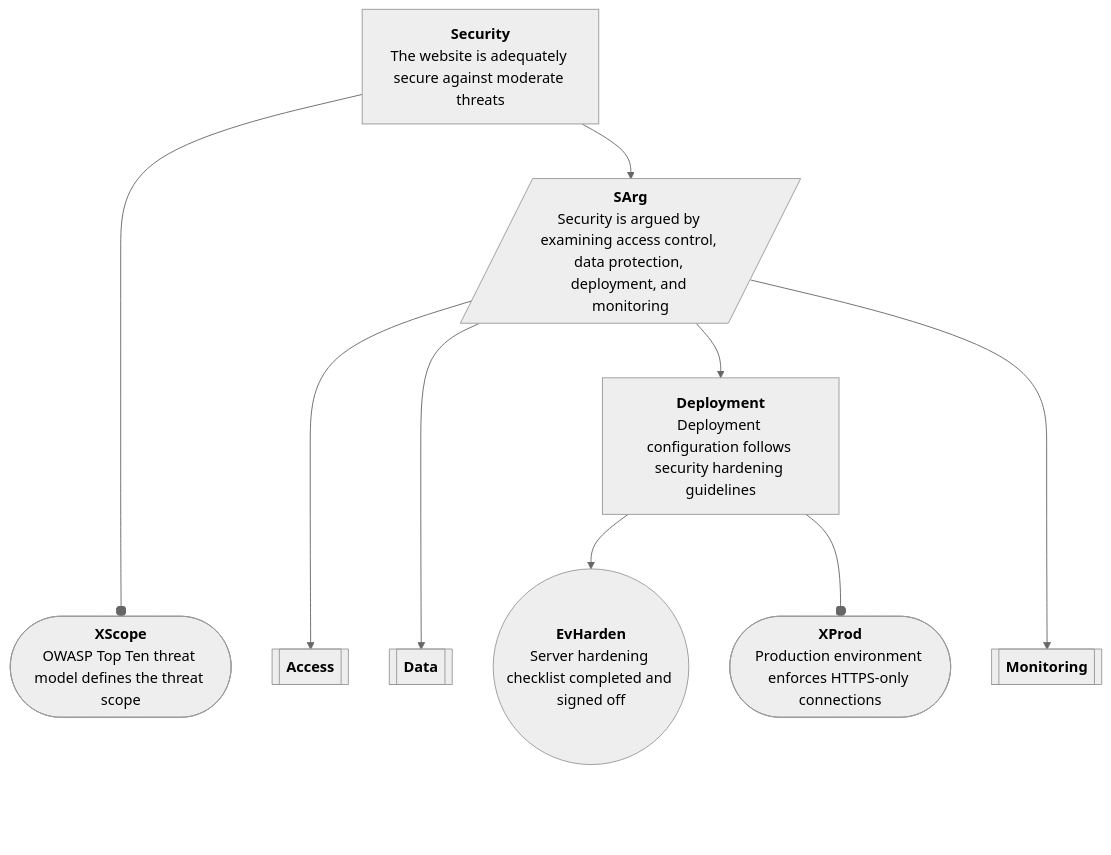
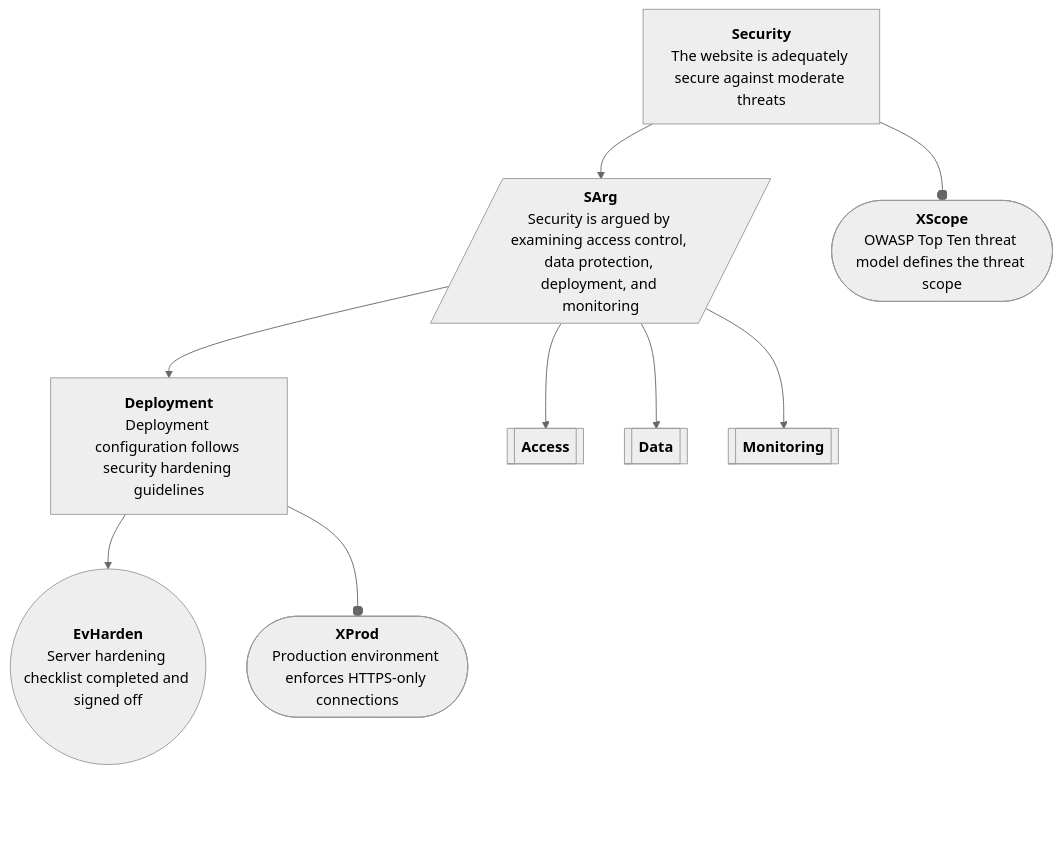
The fifth of 12 diagrams in tests/fixtures/demo-output.expected.md (david-a-wheeler/verocase), drawn with Mermaid before and after one commit. The commit also changed other lines of this file and 8 other files, not shown here.

First line of the commit message:
Fix GSN side-by-side rendering and use per-leaf BottomPadding nodes

````diff
--- a/tests/fixtures/demo-output.expected.md
+++ b/tests/fixtures/demo-output.expected.md
@@ -293,49 +293,49 @@
 ```mermaid
 ---
 config:
   theme: neutral
   flowchart:
     curve: basis
     htmlLabels: true
     rankSpacing: 60
     nodeSpacing: 45
     padding: 15
 ---
 flowchart TD
     classDef invisible opacity:0
     classDef gsnUndev stroke-width:2px,stroke-dasharray: 5 5;
     classDef connector fill:none,stroke:#cccccc,stroke-width:1px;
     Security["<b>Security</b><br>The website is adequately secure against moderate threats"]
     XScope(["<b>XScope</b><br>OWASP Top Ten threat model defines the threat scope"])
     SArg[/"<b>SArg</b><br>Security is argued by examining access control, data protection, deployment, and monitoring"/]
     Access[["<b>Access</b>"]]
     Data[["<b>Data</b>"]]
     Deployment["<b>Deployment</b><br>Deployment configuration follows security hardening guidelines"]
     Monitoring[["<b>Monitoring</b>"]]
     EvHarden(("<b>EvHarden</b><br>Server hardening checklist completed and signed off"))
     XProd(["<b>XProd</b><br>Production environment enforces HTTPS-only connections"])
     click Security "https://github.com/david-a-wheeler/verocase/blob/main/tests/fixtures/demo-output.expected.md#claim-security"
     click XScope "https://github.com/david-a-wheeler/verocase/blob/main/tests/fixtures/demo-output.expected.md#context-xscope"
     click SArg "https://github.com/david-a-wheeler/verocase/blob/main/tests/fixtures/demo-output.expected.md#strategy-sarg"
     click Access "https://github.com/david-a-wheeler/verocase/blob/main/tests/fixtures/demo-output.expected.md#package-access"
     click Data "https://github.com/david-a-wheeler/verocase/blob/main/tests/fixtures/demo-output.expected.md#package-data"
     click Deployment "https://github.com/david-a-wheeler/verocase/blob/main/tests/fixtures/demo-output.expected.md#claim-deployment"
     click Monitoring "https://github.com/david-a-wheeler/verocase/blob/main/tests/fixtures/demo-output.expected.md#package-monitoring"
     click EvHarden "https://github.com/david-a-wheeler/verocase/blob/main/tests/fixtures/demo-output.expected.md#evidence-evharden"
     click XProd "https://github.com/david-a-wheeler/verocase/blob/main/tests/fixtures/demo-output.expected.md#context-xprod"
 
     Security --o XScope
     Security --> SArg
     SArg --> Access
     SArg --> Data
     SArg --> Deployment
     Deployment --> EvHarden
     Deployment --o XProd
     SArg --> Monitoring
-    XScope ~~~ BottomPadding[ ]:::invisible
-    Access ~~~ BottomPadding
-    Data ~~~ BottomPadding
-    EvHarden ~~~ BottomPadding
-    XProd ~~~ BottomPadding
-    Monitoring ~~~ BottomPadding
+    XScope ~~~ BottomPadding1[ ]:::invisible
+    Access ~~~ BottomPadding2[ ]:::invisible
+    Data ~~~ BottomPadding3[ ]:::invisible
+    EvHarden ~~~ BottomPadding4[ ]:::invisible
+    XProd ~~~ BottomPadding5[ ]:::invisible
+    Monitoring ~~~ BottomPadding6[ ]:::invisible
 ```
````
